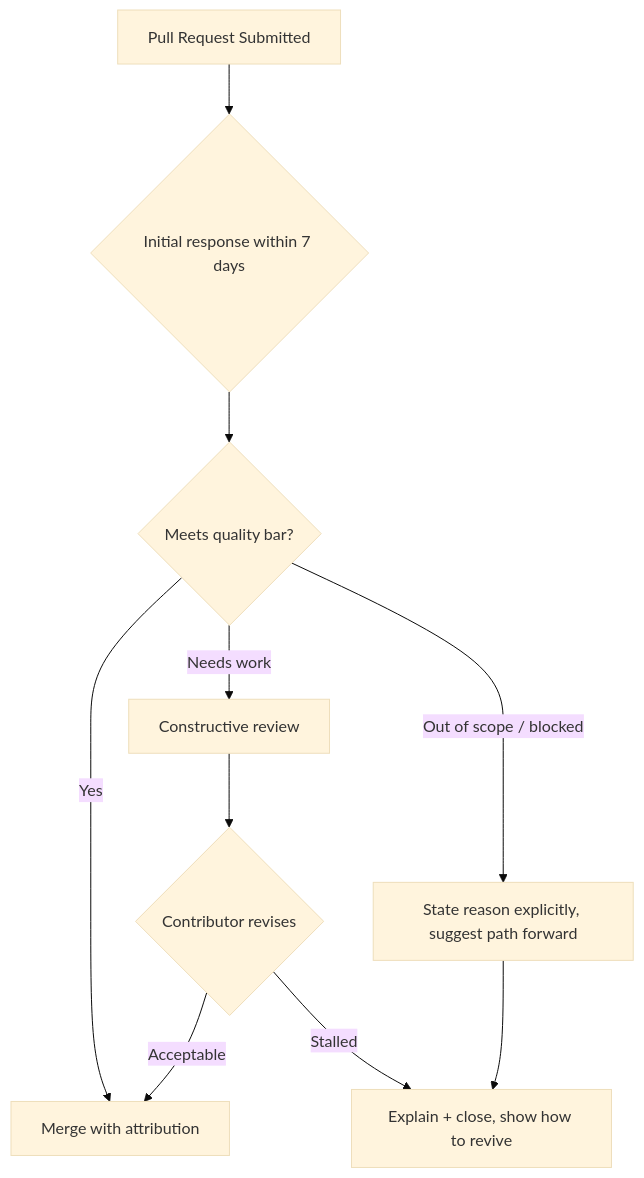
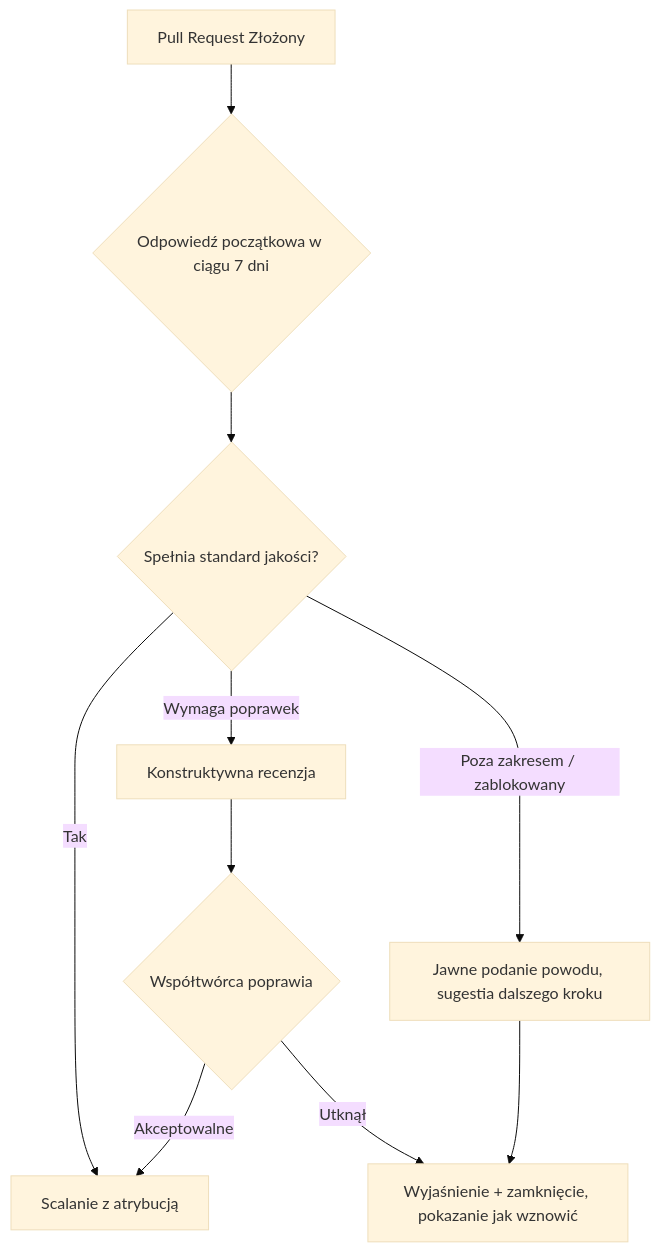
One commit to leszek3737/librefang-WIki changed the diagram in root-governance-md.md. Above: the diagram before and after it, drawn with Mermaid (base theme). The commit also changed other lines of this file and 104 other files, not shown here.

````diff
--- a/root-governance-md.md
+++ b/root-governance-md.md
@@ -38,12 +38,12 @@
 ```mermaid
 flowchart TD
-    A[Pull Request Submitted] --> B{Initial response within 7 days}
-    B --> C{Meets quality bar?}
-    C -- Yes --> D[Merge with attribution]
-    C -- Needs work --> E[Constructive review]
-    E --> F{Contributor revises}
-    F -- Acceptable --> D
-    F -- Stalled --> G[Explain + close, show how to revive]
-    C -- Out of scope / blocked --> H[State reason explicitly, suggest path forward]
+    A[Pull Request Złożony] --> B{Odpowiedź początkowa w ciągu 7 dni}
+    B --> C{Spełnia standard jakości?}
+    C -- Tak --> D[Scalanie z atrybucją]
+    C -- Wymaga poprawek --> E[Konstruktywna recenzja]
+    E --> F{Współtwórca poprawia}
+    F -- Akceptowalne --> D
+    F -- Utknął --> G[Wyjaśnienie + zamknięcie, pokazanie jak wznowić]
+    C -- Poza zakresem / zablokowany --> H[Jawne podanie powodu, sugestia dalszego kroku]
     H --> G
 ```
````
